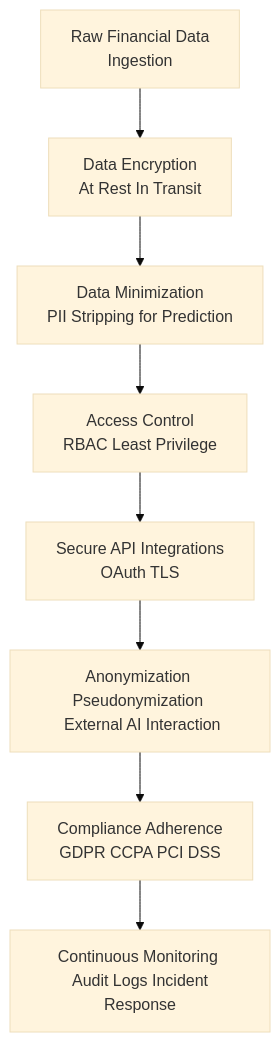
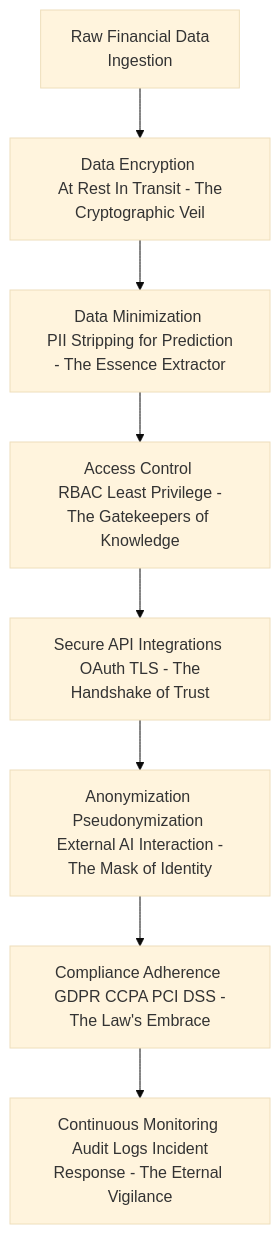
Before and after one commit to diplomat-bit/Citibank_Demo_Business_Inc_Demonstration-: the ninth of 10 diagrams in inventions/inventions/006_ai_subscription_detection/008_ai_irregular_expense_prediction.md, drawn with Mermaid (base theme). The commit also changed other lines of this file, not shown here.

````diff
--- a/inventions/inventions/006_ai_subscription_detection/008_ai_irregular_expense_prediction.md
+++ b/inventions/inventions/006_ai_subscription_detection/008_ai_irregular_expense_prediction.md
@@ -314,10 +315,10 @@
 ```mermaid
 graph TD
-    A[Raw Financial Data <br/> Ingestion] --> B[Data Encryption <br/> At Rest In Transit]
-    B --> C[Data Minimization <br/> PII Stripping for Prediction]
-    C --> D[Access Control <br/> RBAC Least Privilege]
-    D --> E[Secure API Integrations <br/> OAuth TLS]
-    E --> F[Anonymization Pseudonymization <br/> External AI Interaction]
-    F --> G[Compliance Adherence <br/> GDPR CCPA PCI DSS]
-    G --> H[Continuous Monitoring <br/> Audit Logs Incident Response]
+    A[Raw Financial Data <br/> Ingestion] --> B[Data Encryption <br/> At Rest In Transit - The Cryptographic Veil]
+    B --> C[Data Minimization <br/> PII Stripping for Prediction - The Essence Extractor]
+    C --> D[Access Control <br/> RBAC Least Privilege - The Gatekeepers of Knowledge]
+    D --> E[Secure API Integrations <br/> OAuth TLS - The Handshake of Trust]
+    E --> F[Anonymization Pseudonymization <br/> External AI Interaction - The Mask of Identity]
+    F --> G[Compliance Adherence <br/> GDPR CCPA PCI DSS - The Law's Embrace]
+    G --> H[Continuous Monitoring <br/> Audit Logs Incident Response - The Eternal Vigilance]
 ```
````
